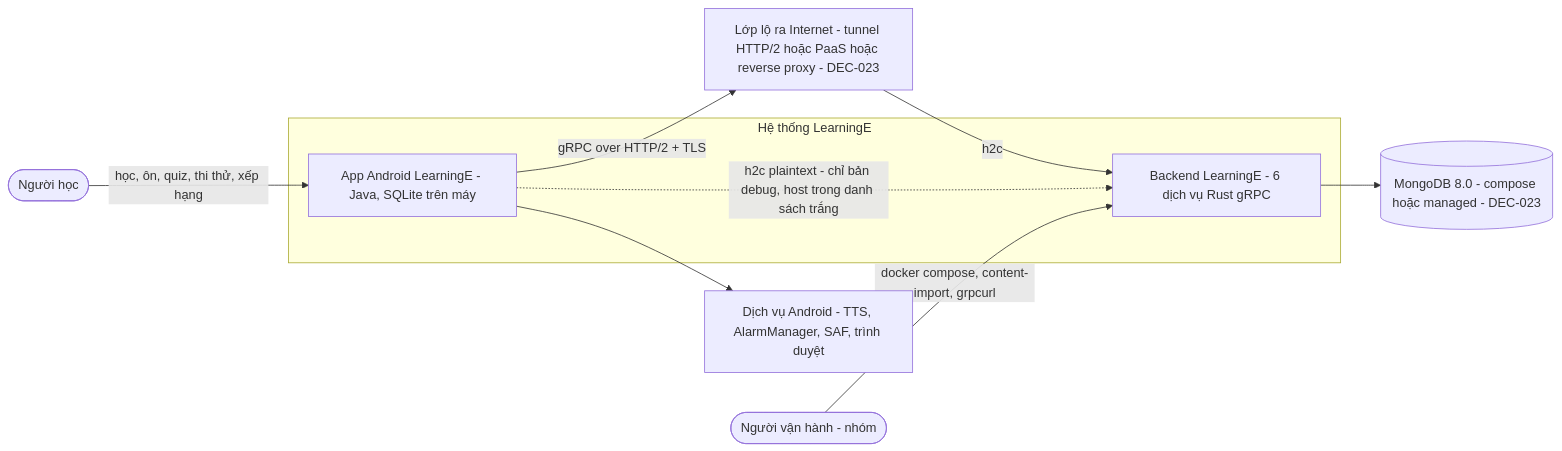
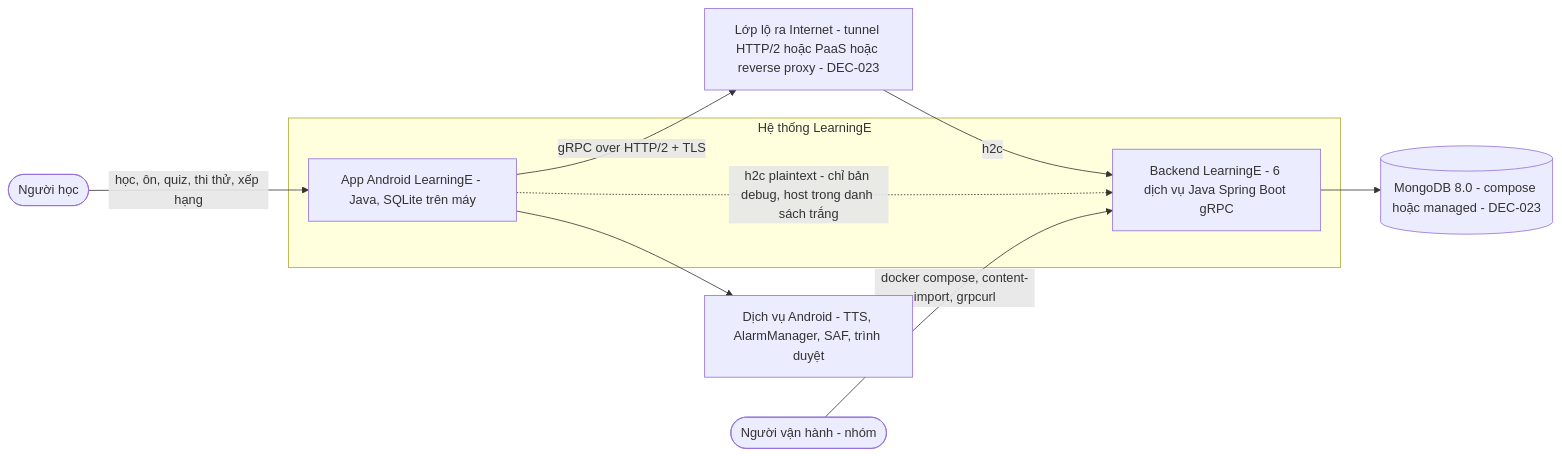
The second of 10 diagrams in docs/engineering/SYSTEM-BLUEPRINT.md (at1308033-sketch/LearningE_app), drawn with Mermaid before and after one commit. The commit also changed other lines of this file and 34 other files, not shown here.

````diff
--- a/docs/engineering/SYSTEM-BLUEPRINT.md
+++ b/docs/engineering/SYSTEM-BLUEPRINT.md
@@ -79,18 +79,18 @@
 ```mermaid
 flowchart LR
   U([Người học])
   OP([Người vận hành - nhóm])
   subgraph LE["Hệ thống LearningE"]
     APP["App Android LearningE - Java, SQLite trên máy"]
-    BE["Backend LearningE - 6 dịch vụ Rust gRPC"]
+    BE["Backend LearningE - 6 dịch vụ Java Spring Boot gRPC"]
   end
   EXP["Lớp lộ ra Internet - tunnel HTTP/2 hoặc PaaS hoặc reverse proxy - DEC-023"]
   MDB[("MongoDB 8.0 - compose hoặc managed - DEC-023")]
   OS["Dịch vụ Android - TTS, AlarmManager, SAF, trình duyệt"]
   U -->|học, ôn, quiz, thi thử, xếp hạng| APP
   APP -->|gRPC over HTTP/2 + TLS| EXP -->|h2c| BE
   APP -.->|h2c plaintext - chỉ bản debug, host trong danh sách trắng| BE
   BE --> MDB
   OP -->|docker compose, content-import, grpcurl| BE
   APP --> OS
 ```
````
